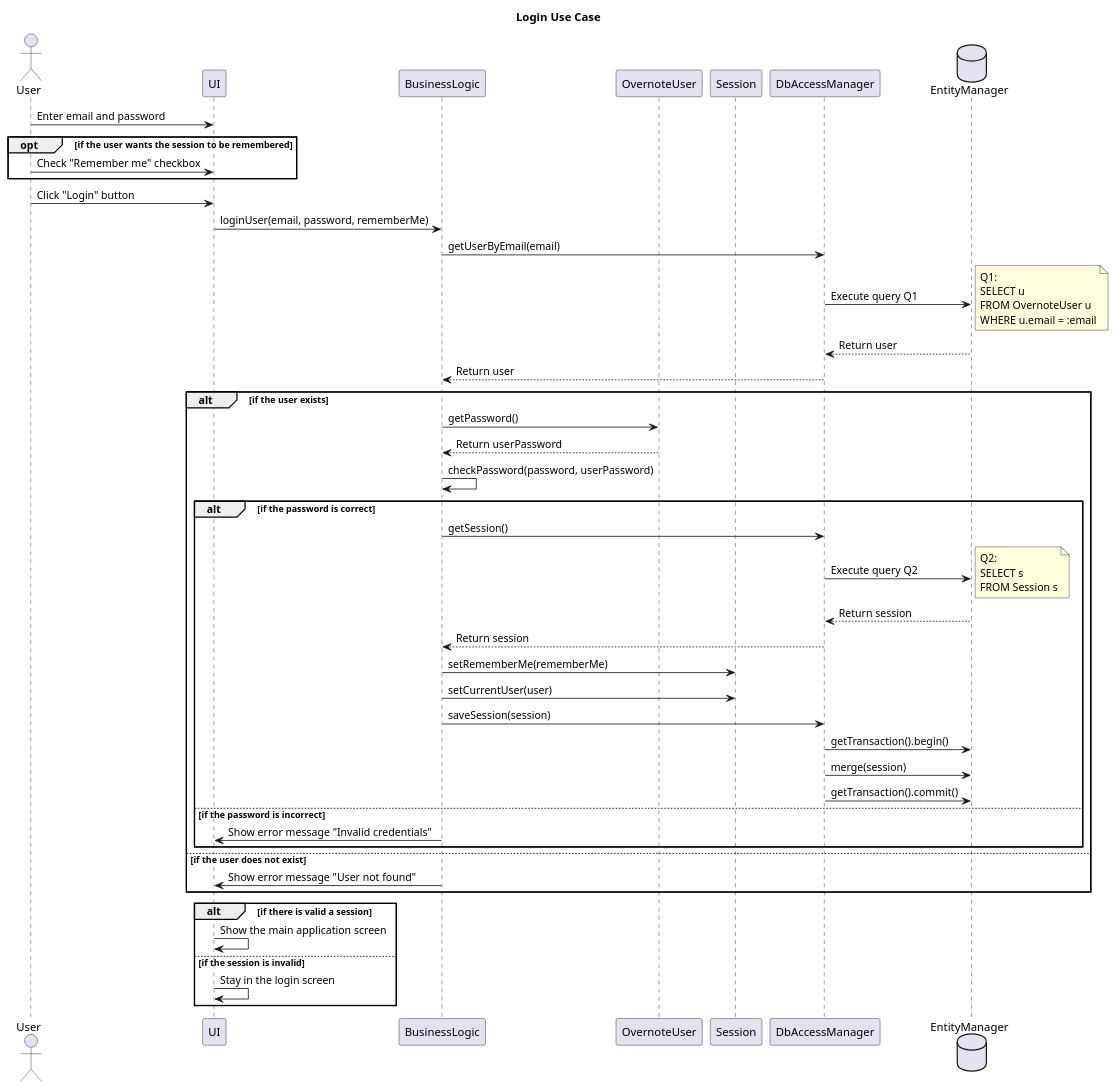
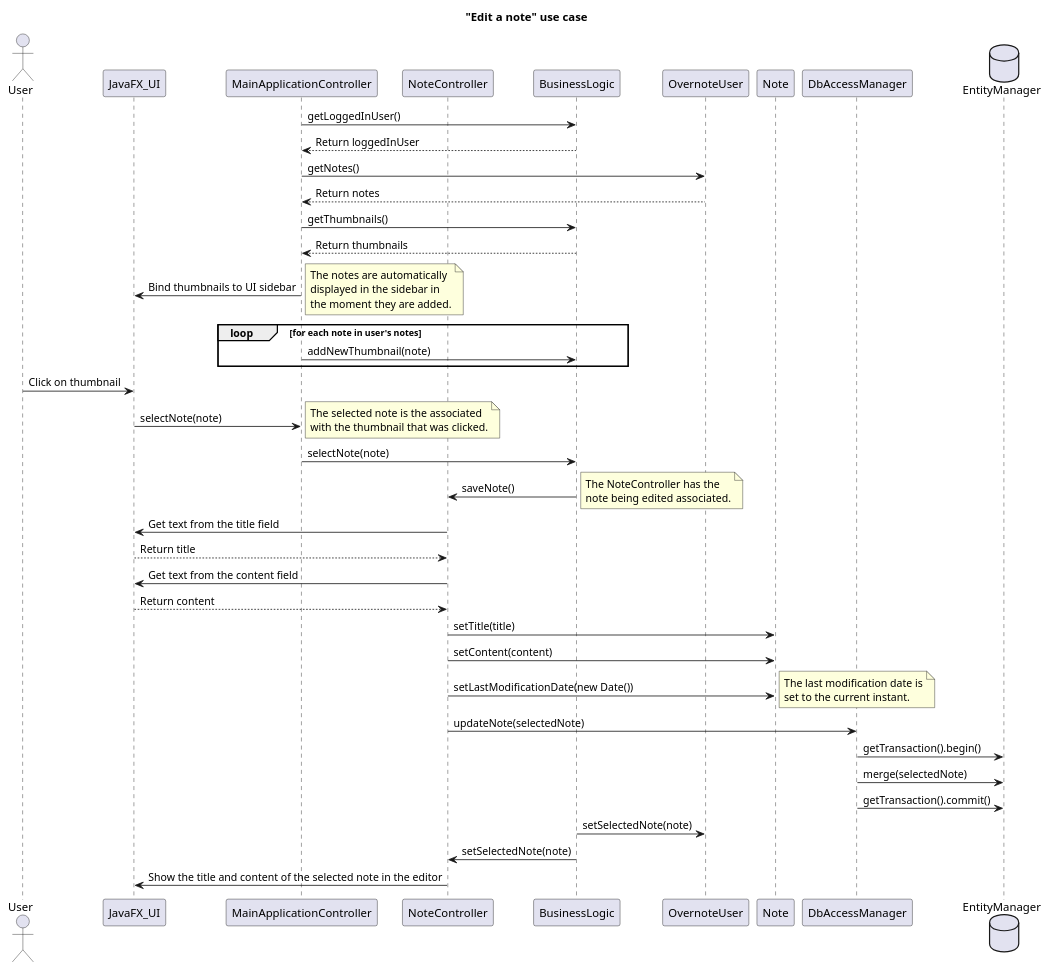
The diagram in doc/sequence-diagram.puml (1Myke/Overnote), drawn with PlantUML before and after one commit. The commit also changed 1 other file, not shown here.

Commit message:
[DOC] Create sequence diagram for editing a note use case

```diff
--- a/doc/sequence-diagram.puml
+++ b/doc/sequence-diagram.puml
@@ -2,61 +2,68 @@
 @startuml
-title Login Use Case
+title "Edit a note" use case
 
 actor User
-participant UI
+participant JavaFX_UI as UI
+participant MainApplicationController
+participant NoteController
 participant BusinessLogic
 participant OvernoteUser
-participant Session
+participant Note
 participant DbAccessManager
 database EntityManager
 
-User -> UI: Enter email and password
-opt if the user wants the session to be remembered
-    User -> UI: Check "Remember me" checkbox
-end
-User -> UI: Click "Login" button
+MainApplicationController -> BusinessLogic: getLoggedInUser()
+BusinessLogic --> MainApplicationController: Return loggedInUser
+MainApplicationController -> OvernoteUser: getNotes()
+OvernoteUser --> MainApplicationController: Return notes
 
-UI -> BusinessLogic: loginUser(email, password, rememberMe)
-BusinessLogic -> DbAccessManager: getUserByEmail(email)
-DbAccessManager -> EntityManager: Execute query Q1
+MainApplicationController ->  BusinessLogic: getThumbnails()
+BusinessLogic --> MainApplicationController: Return thumbnails
+MainApplicationController -> UI: Bind thumbnails to UI sidebar
+
 note right
-    Q1:
-    SELECT u
-    FROM OvernoteUser u
-    WHERE u.email = :email
+    The notes are automatically
+    displayed in the sidebar in
+    the moment they are added.
 end note
-EntityManager --> DbAccessManager: Return user
-DbAccessManager --> BusinessLogic: Return user
 
-alt if the user exists
-    BusinessLogic -> OvernoteUser: getPassword()
-    OvernoteUser --> BusinessLogic: Return userPassword
-    BusinessLogic -> BusinessLogic: checkPassword(password, userPassword)
-    alt if the password is correct
-        BusinessLogic -> DbAccessManager: getSession()
-        DbAccessManager -> EntityManager: Execute query Q2
-        note right
-            Q2:
-            SELECT s
-            FROM Session s
-        end note
-        EntityManager --> DbAccessManager: Return session
-        DbAccessManager --> BusinessLogic: Return session
-        BusinessLogic -> Session: setRememberMe(rememberMe)
-        BusinessLogic -> Session: setCurrentUser(user)
-        BusinessLogic -> DbAccessManager: saveSession(session)
-        DbAccessManager -> EntityManager: getTransaction().begin()
-        DbAccessManager -> EntityManager: merge(session)
-        DbAccessManager -> EntityManager: getTransaction().commit()
-    else if the password is incorrect
-        BusinessLogic -> UI: Show error message "Invalid credentials"
-    end
-else if the user does not exist
-    BusinessLogic -> UI: Show error message "User not found"
-end
-alt if there is valid a session
-    UI -> UI: Show the main application screen
-else if the session is invalid
-    UI -> UI: Stay in the login screen
-end
+loop for each note in user's notes
+    MainApplicationController -> BusinessLogic: addNewThumbnail(note)
+end loop
+
+User -> UI: Click on thumbnail
+UI -> MainApplicationController: selectNote(note)
+note right
+    The selected note is the associated
+    with the thumbnail that was clicked.
+end note
+
+MainApplicationController -> BusinessLogic: selectNote(note)
+BusinessLogic -> NoteController: saveNote()
+note right
+    The NoteController has the
+    note being edited associated.
+end note
+NoteController -> UI: Get text from the title field
+UI --> NoteController: Return title
+NoteController -> UI: Get text from the content field
+UI --> NoteController: Return content
+NoteController -> Note: setTitle(title)
+NoteController -> Note: setContent(content)
+NoteController -> Note: setLastModificationDate(new Date())
+note right
+    The last modification date is
+    set to the current instant.
+end note
+
+NoteController -> DbAccessManager: updateNote(selectedNote)
+DbAccessManager -> EntityManager: getTransaction().begin()
+DbAccessManager -> EntityManager: merge(selectedNote)
+DbAccessManager -> EntityManager: getTransaction().commit()
+
+BusinessLogic -> OvernoteUser: setSelectedNote(note)
+BusinessLogic -> NoteController: setSelectedNote(note)
+NoteController -> UI: Show the title and content of the selected note in the editor
+
+
 @enduml
```
